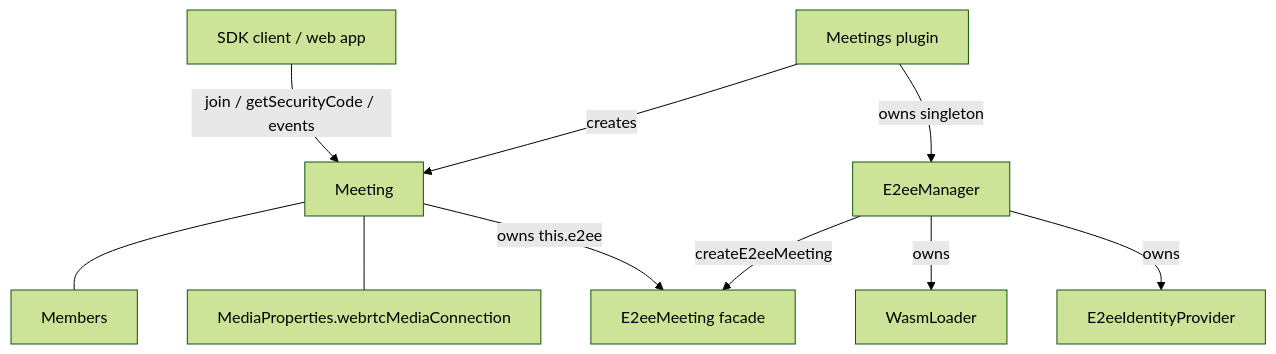
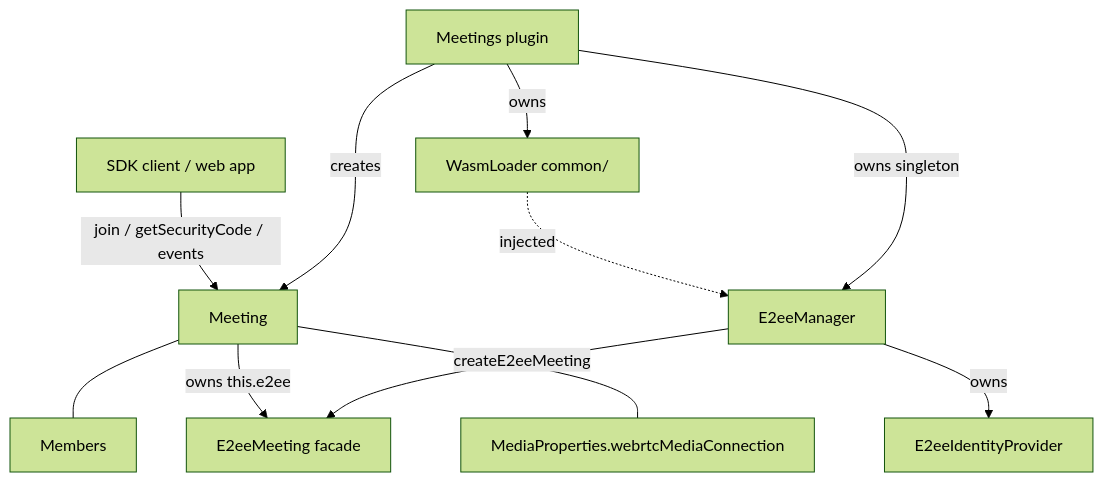
The first of 3 diagrams in packages/@webex/plugin-meetings/src/e2ee/DESIGN.md (webex/webex-js-sdk), drawn with Mermaid (forest theme) before and after one commit. The commit also changed other lines of this file and 12 other files, not shown here.

Commit message:
fix: moved wasm loader

````diff
--- a/packages/@webex/plugin-meetings/src/e2ee/DESIGN.md
+++ b/packages/@webex/plugin-meetings/src/e2ee/DESIGN.md
@@ -98,12 +98,13 @@
 ```mermaid
 graph TD
     Meetings[Meetings plugin] -->|creates| Meeting[Meeting]
+    Meetings -->|owns| WasmLoader[WasmLoader common/]
     Meetings -->|owns singleton| Mgr[E2eeManager]
-    Mgr -->|owns| WasmLoader
+    WasmLoader -.->|injected| Mgr
     Mgr -->|owns| Ident[E2eeIdentityProvider]
     Mgr -->|createE2eeMeeting| E2eeMeeting[E2eeMeeting facade]
     Meeting -->|owns this.e2ee| E2eeMeeting
     App[SDK client / web app] -->|join / getSecurityCode / events| Meeting
     Meeting --- Members
     Meeting --- MediaProps[MediaProperties.webrtcMediaConnection]
 ```
````
